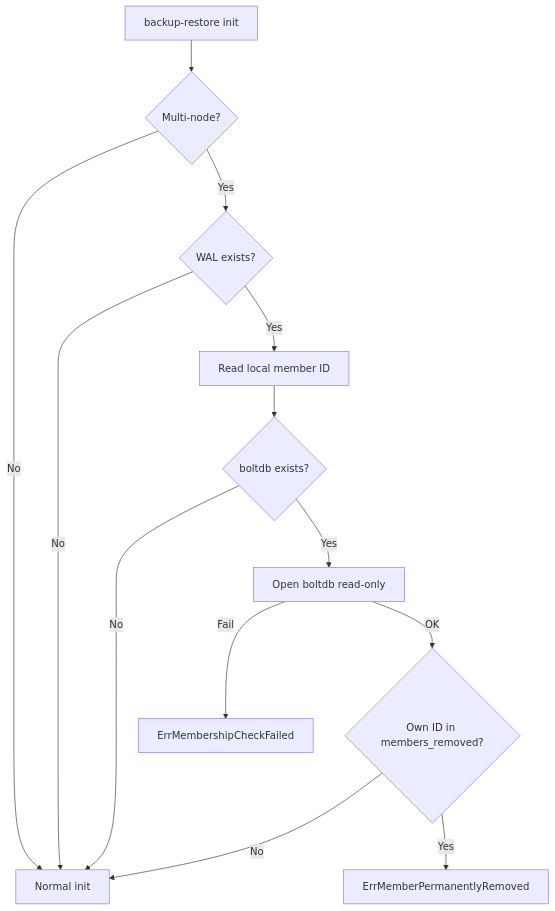
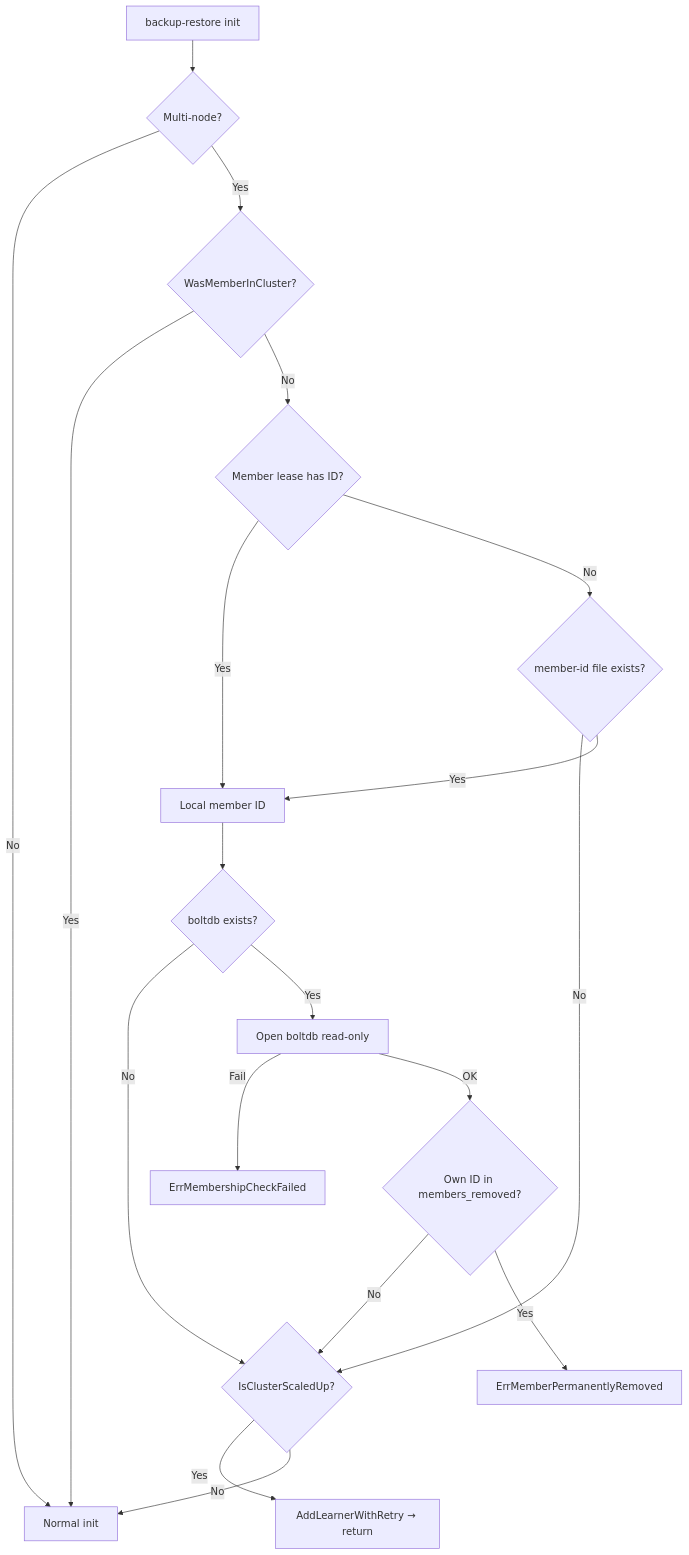
One commit to gardener/etcd-druid changed the second of 2 diagrams in docs/proposals/08-scale-in.md. Above: the diagram before and after it, drawn with Mermaid. The commit also changed other lines of this file and 53 other files, not shown here.

Commit message:
DEP-08:  multi node scale-in support (#1426)

````diff
--- a/docs/proposals/08-scale-in.md
+++ b/docs/proposals/08-scale-in.md
@@ -328,16 +335,22 @@
 ```mermaid
 flowchart TD
     Start[backup-restore init]
     Start --> Multi{Multi-node?}
     Multi -->|No| Normal[Normal init]
-    Multi -->|Yes| WAL{WAL exists?}
-    WAL -->|No| Normal
-    WAL -->|Yes| Read[Read local member ID]
-    Read --> DB{boltdb exists?}
-    DB -->|No| Normal
+    Multi -->|Yes| Heartbeat{WasMemberInCluster?}
+    Heartbeat -->|Yes| Normal
+    Heartbeat -->|No| Lease{Member lease has ID?}
+    Lease -->|Yes| Have[Local member ID]
+    Lease -->|No| File{member-id file exists?}
+    File -->|No| ScaleUp{IsClusterScaledUp?}
+    File -->|Yes| Have
+    Have --> DB{boltdb exists?}
+    DB -->|No| ScaleUp
     DB -->|Yes| Open[Open boltdb read-only]
     Open -->|Fail| Failed[ErrMembershipCheckFailed]
     Open -->|OK| Removed{Own ID in members_removed?}
-    Removed -->|No| Normal
+    Removed -->|No| ScaleUp
     Removed -->|Yes| Stop[ErrMemberPermanentlyRemoved]
+    ScaleUp -->|Yes| Learner[AddLearnerWithRetry → return]
+    ScaleUp -->|No| Normal
 ```
````
